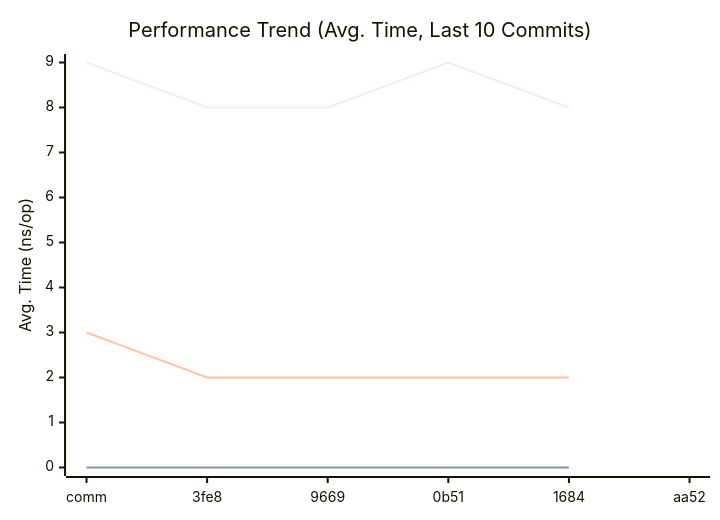
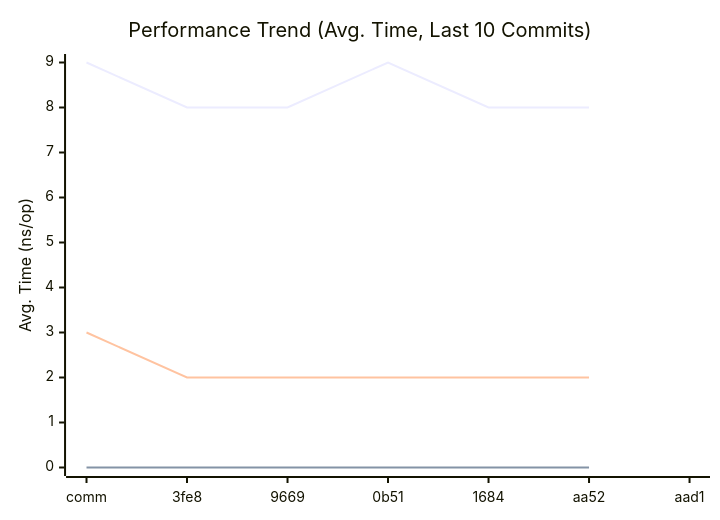
The first of 3 diagrams in doc/README.md (alsotoes/momo), drawn with Mermaid before and after one commit. The commit also changed other lines of this file and 1 other file, not shown here.

````diff
--- a/doc/README.md
+++ b/doc/README.md
@@ -290,10 +290,10 @@
 ```mermaid
 xychart-beta
     title "Performance Trend (Avg. Time, Last 10 Commits)"
     x-axis "Commit"
     y-axis "Avg. Time (ns/op)"
-    x-axis [comm,3fe8,9669,0b51,1684,aa52]
-    line "CheckMetricsAndSwap" [9,8,8,9,8]
-    line "IndexDirectTracking" [0,0,0,0,0]
-    line "IndexSearch" [3,2,2,2,2]
+    x-axis [comm,3fe8,9669,0b51,1684,aa52,aad1]
+    line "CheckMetricsAndSwap" [9,8,8,9,8,8]
+    line "IndexDirectTracking" [0,0,0,0,0,0]
+    line "IndexSearch" [3,2,2,2,2,2]
 ```
````
